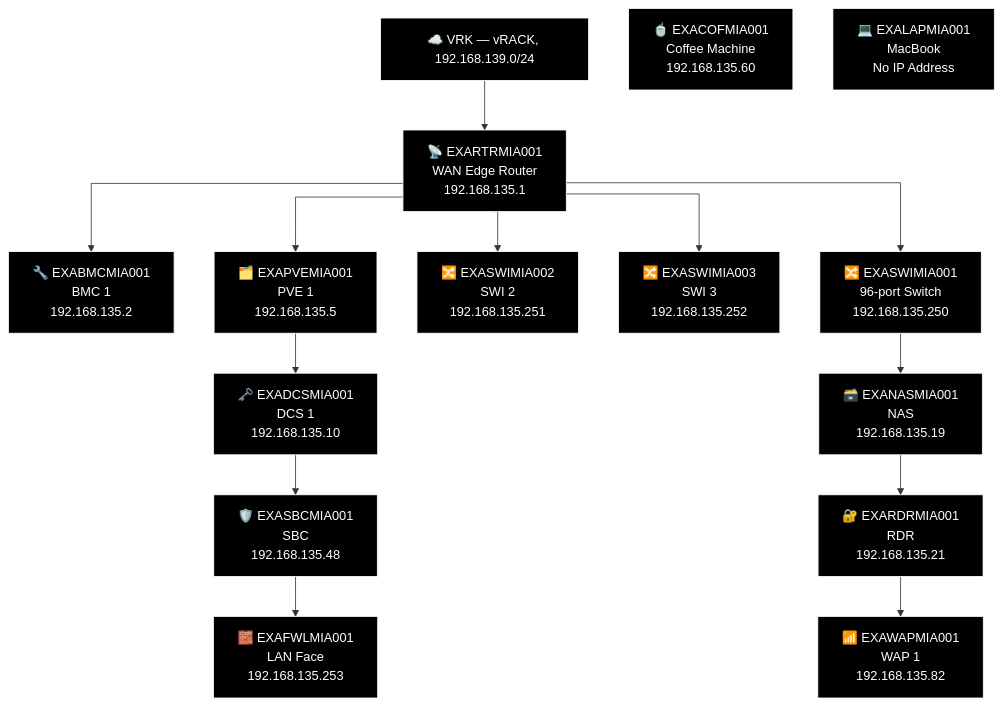
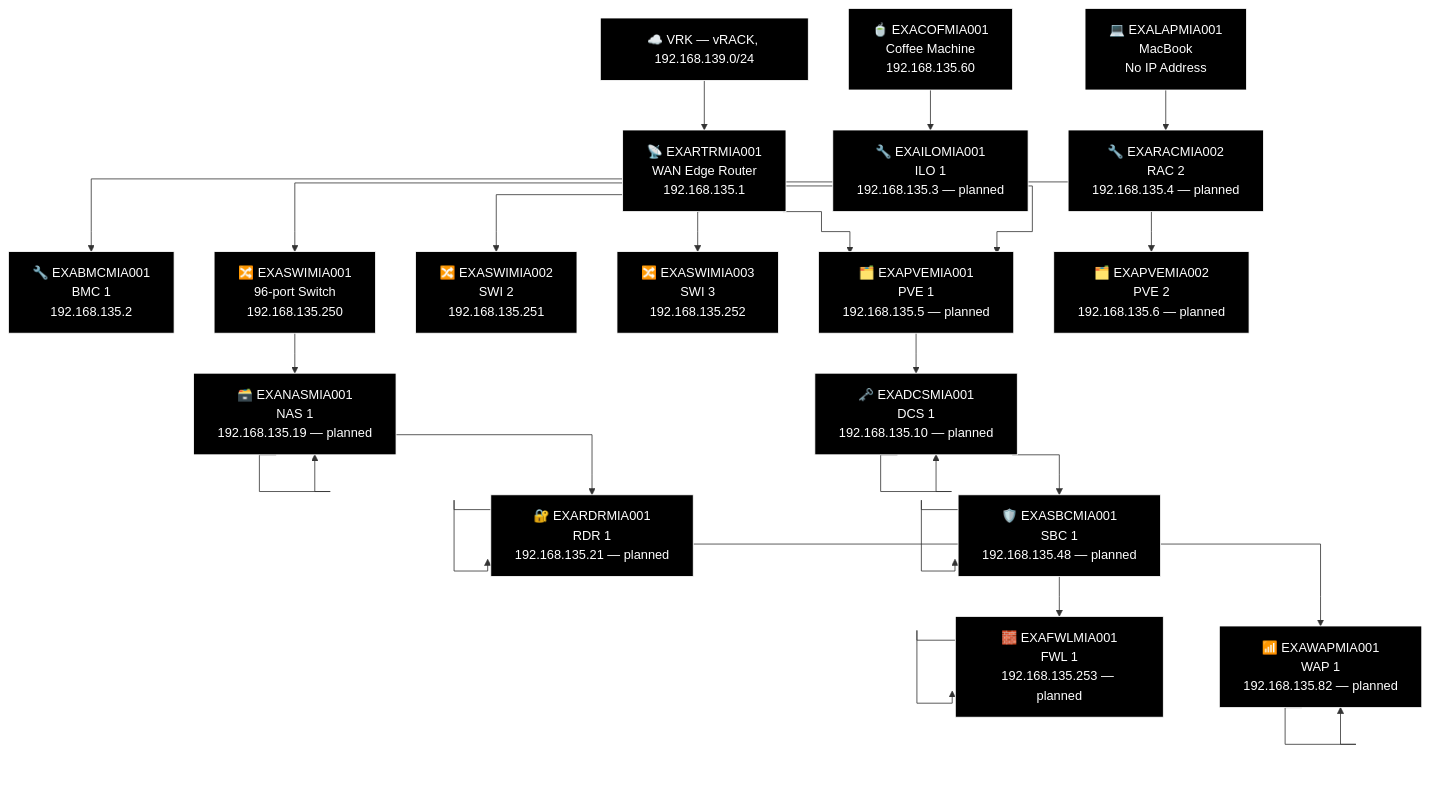
Diagram 11 of 21 in docs/network-diagram/united-states.md (knightmare2600/example_music_infra), drawn with Mermaid before and after one commit. The commit also changed other lines of this file and 12 other files, not shown here.

````diff
--- a/docs/network-diagram/united-states.md
+++ b/docs/network-diagram/united-states.md
@@ -466,44 +501,68 @@
 ```mermaid
 %% GENERATED:TOPOLOGY:MIA:START
 %%{init: {'flowchart': {'curve': 'stepAfter'}}}%%
 graph TD
     T_VRK["☁️ VRK — vRACK, 192.168.139.0/24"]
     T_RTR["📡 EXARTRMIA001<br/>WAN Edge Router<br/>192.168.135.1"]
     T_VRK --> T_RTR
     T_BMC["🔧 EXABMCMIA001<br/>BMC 1<br/>192.168.135.2"]
     T_RTR --> T_BMC
     T_PVE["🗂️ EXAPVEMIA001<br/>PVE 1<br/>192.168.135.5"]
     T_RTR --> T_PVE
     T_SWI["🔀 EXASWIMIA002<br/>SWI 2<br/>192.168.135.251"]
     T_RTR --> T_SWI
     T_SWI2["🔀 EXASWIMIA003<br/>SWI 3<br/>192.168.135.252"]
     T_RTR --> T_SWI2
     T_SWI3["🔀 EXASWIMIA001<br/>96-port Switch<br/>192.168.135.250"]
     T_RTR --> T_SWI3
+    T_PVE["🗂️ EXAPVEMIA001<br/>PVE 1<br/>192.168.135.5 — planned"]
+    T_RTR --> T_PVE
+    T_PVE2["🗂️ EXAPVEMIA002<br/>PVE 2<br/>192.168.135.6 — planned"]
+    T_RTR --> T_PVE2
     T_NAS["🗃️ EXANASMIA001<br/>NAS<br/>192.168.135.19"]
+    T_NAS["🗃️ EXANASMIA001<br/>NAS 1<br/>192.168.135.19 — planned"]
     T_RDR["🔐 EXARDRMIA001<br/>RDR<br/>192.168.135.21"]
+    T_RDR["🔐 EXARDRMIA001<br/>RDR 1<br/>192.168.135.21 — planned"]
     T_WAP["📶 EXAWAPMIA001<br/>WAP 1<br/>192.168.135.82"]
-    T_SWI3 --> T_NAS --> T_RDR --> T_WAP
+    T_WAP["📶 EXAWAPMIA001<br/>WAP 1<br/>192.168.135.82 — planned"]
+    T_SWI3 --> T_NAS --> T_NAS --> T_RDR --> T_RDR --> T_WAP --> T_WAP
     T_DCS["🗝️ EXADCSMIA001<br/>DCS 1<br/>192.168.135.10"]
+    T_DCS["🗝️ EXADCSMIA001<br/>DCS 1<br/>192.168.135.10 — planned"]
     T_SBC["🛡️ EXASBCMIA001<br/>SBC<br/>192.168.135.48"]
+    T_SBC["🛡️ EXASBCMIA001<br/>SBC 1<br/>192.168.135.48 — planned"]
     T_FWL["🧱 EXAFWLMIA001<br/>LAN Face<br/>192.168.135.253"]
-    T_PVE --> T_DCS --> T_SBC --> T_FWL
+    T_FWL["🧱 EXAFWLMIA001<br/>FWL 1<br/>192.168.135.253 — planned"]
+    T_PVE --> T_DCS --> T_DCS --> T_SBC --> T_SBC --> T_FWL --> T_FWL
     T_COF["🍵 EXACOFMIA001<br/>Coffee Machine<br/>192.168.135.60"]
     T_LAP["💻 EXALAPMIA001<br/>MacBook<br/>No IP Address"]
+    T_ILO["🔧 EXAILOMIA001<br/>ILO 1<br/>192.168.135.3 — planned"]
+    T_RAC["🔧 EXARACMIA002<br/>RAC 2<br/>192.168.135.4 — planned"]
+    T_COF --> T_ILO
+    T_LAP --> T_RAC
     style T_VRK fill:#000000,stroke:#FFFFFF,color:#FFFFFF
     style T_RTR fill:#000000,stroke:#FFFFFF,color:#FFFFFF
     style T_BMC fill:#000000,stroke:#FFFFFF,color:#FFFFFF
     style T_PVE fill:#000000,stroke:#FFFFFF,color:#FFFFFF
     style T_SWI fill:#000000,stroke:#FFFFFF,color:#FFFFFF
     style T_SWI2 fill:#000000,stroke:#FFFFFF,color:#FFFFFF
     style T_SWI3 fill:#000000,stroke:#FFFFFF,color:#FFFFFF
+    style T_PVE fill:#000000,stroke:#FFFFFF,color:#FFFFFF
+    style T_PVE2 fill:#000000,stroke:#FFFFFF,color:#FFFFFF
+    style T_NAS fill:#000000,stroke:#FFFFFF,color:#FFFFFF
     style T_NAS fill:#000000,stroke:#FFFFFF,color:#FFFFFF
     style T_RDR fill:#000000,stroke:#FFFFFF,color:#FFFFFF
+    style T_RDR fill:#000000,stroke:#FFFFFF,color:#FFFFFF
+    style T_WAP fill:#000000,stroke:#FFFFFF,color:#FFFFFF
     style T_WAP fill:#000000,stroke:#FFFFFF,color:#FFFFFF
     style T_DCS fill:#000000,stroke:#FFFFFF,color:#FFFFFF
+    style T_DCS fill:#000000,stroke:#FFFFFF,color:#FFFFFF
     style T_SBC fill:#000000,stroke:#FFFFFF,color:#FFFFFF
+    style T_SBC fill:#000000,stroke:#FFFFFF,color:#FFFFFF
+    style T_FWL fill:#000000,stroke:#FFFFFF,color:#FFFFFF
     style T_FWL fill:#000000,stroke:#FFFFFF,color:#FFFFFF
     style T_COF fill:#000000,stroke:#FFFFFF,color:#FFFFFF
     style T_LAP fill:#000000,stroke:#FFFFFF,color:#FFFFFF
+    style T_ILO fill:#000000,stroke:#FFFFFF,color:#FFFFFF
+    style T_RAC fill:#000000,stroke:#FFFFFF,color:#FFFFFF
 %% GENERATED:TOPOLOGY:MIA:END
 ```
````
